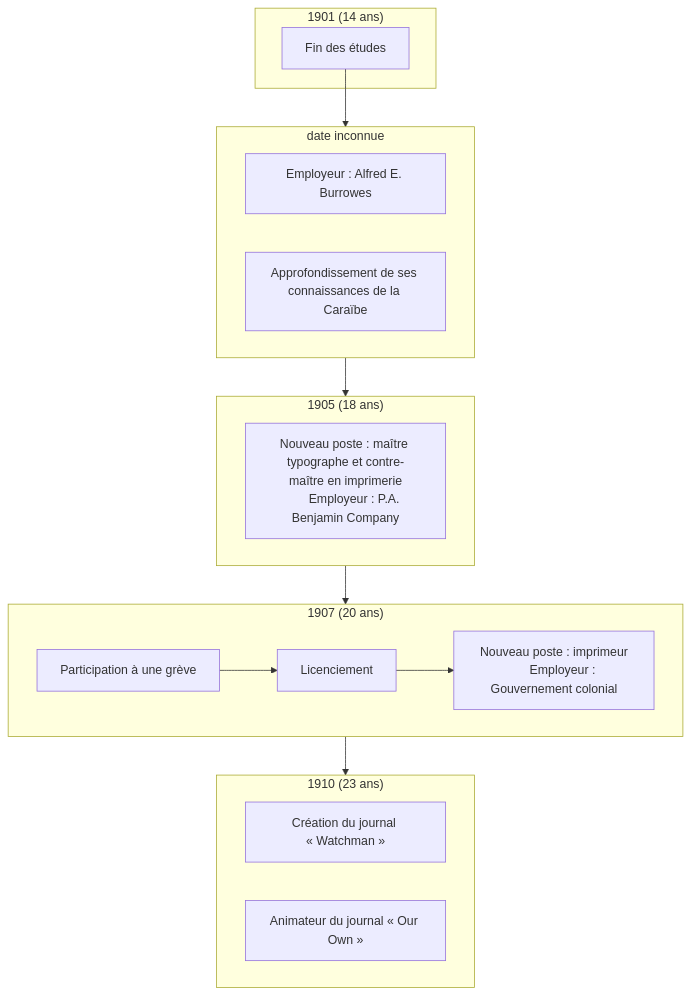
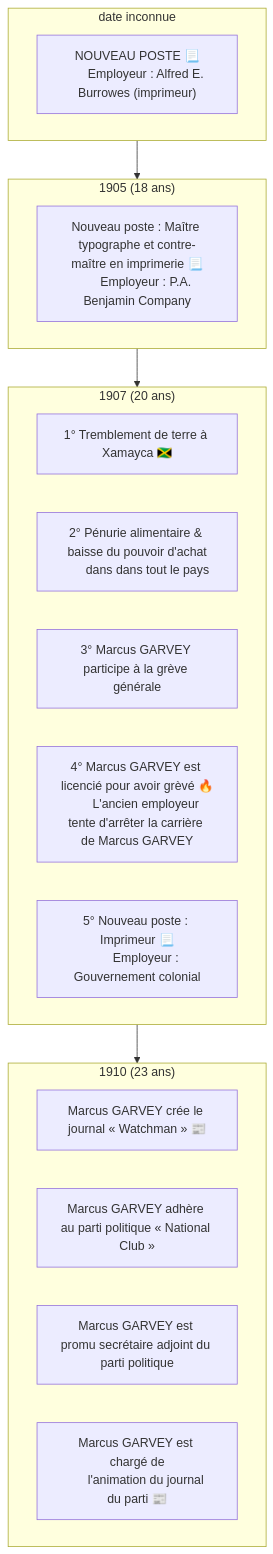
One commit to ba-moun/Ba-Moun-Save changed the third of 4 diagrams in en-cours/personnalite/homme/polymathe/caraibes/midi/colonie/xamayca/marcus-gavey.md. Above: the diagram before and after it, drawn with Mermaid. The commit also changed other lines of this file, not shown here.

Commit message:
docs: update en-cours/personnalite/homme/polymathe/caraibes/midi/colonie/xamayca/marcus-gavey

````diff
--- a/en-cours/personnalite/homme/polymathe/caraibes/midi/colonie/xamayca/marcus-gavey.md
+++ b/en-cours/personnalite/homme/polymathe/caraibes/midi/colonie/xamayca/marcus-gavey.md
@@ -143,35 +143,37 @@
 ```mermaid
 flowchart TB
 
-   subgraph "1901 (14 ans)"
-      id0["Fin des études"]
-   end
-   
    subgraph id2["date inconnue"]
-      id1["Employeur : Alfred E. Burrowes"]
-      id3["Approfondissement de ses connaissances de la Caraïbe"]
+      id1["NOUVEAU POSTE 📃
+      Employeur : Alfred E. Burrowes (imprimeur)"]
    end
    
    subgraph id4["1905 (18 ans)"]
-      id5["Nouveau poste : maître typographe et contre-maître en imprimerie
+      id5["Nouveau poste : Maître typographe et contre-maître en imprimerie 📃
       Employeur : P.A. Benjamin Company"]
    end
    
    subgraph id7["1907 (20 ans)"]
-      id6["Participation à une grève"] --> id8["Licenciement"]
-      id9["Nouveau poste : imprimeur
+      id13["1° Tremblement de terre à Xamayca 🇯🇲"]
+      id14["2° Pénurie alimentaire & baisse du pouvoir d'achat
+      dans dans tout le pays"]
+      id6["3° Marcus GARVEY participe à la grève générale"]
+      id8["4° Marcus GARVEY est licencié pour avoir grèvé 🔥
+      L'ancien employeur tente d'arrêter la carrière de Marcus GARVEY"]
+      id9["5° Nouveau poste : Imprimeur 📃
       Employeur : Gouvernement colonial"]
    end
    
    subgraph id10["1910 (23 ans)"]
-      id11["Création du journal « Watchman »"]
-      id12["Animateur du journal « Our Own »"]
+      id11["Marcus GARVEY crée le journal « Watchman » 📰"]
+      id25["Marcus GARVEY adhère au parti politique « National Club »"]
+      id26["Marcus GARVEY est promu secrétaire adjoint du parti politique"]
+      id12["Marcus GARVEY est chargé de
+      l'animation du journal du parti 📰"]
    end
    
-   id0 --> id2
    id2 --> id4
    id4 --> id7
-   id8 --> id9
    id7 --> id10
 
 ```
````
